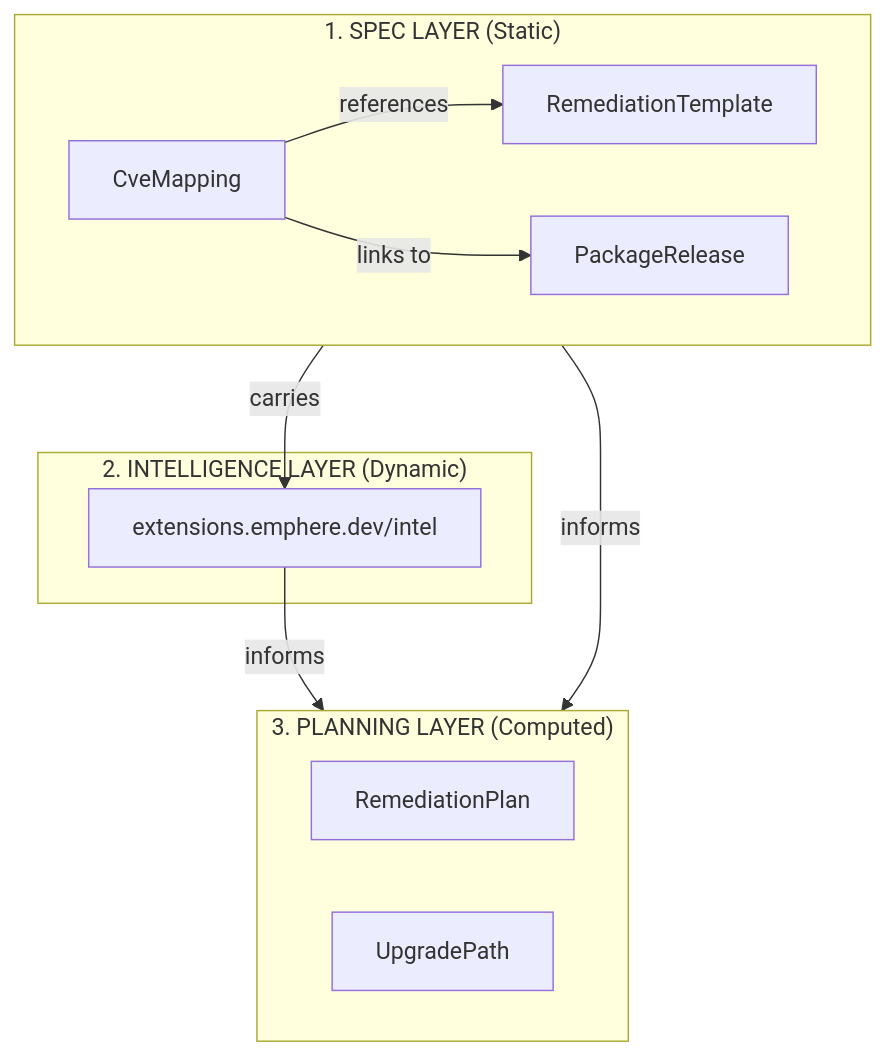
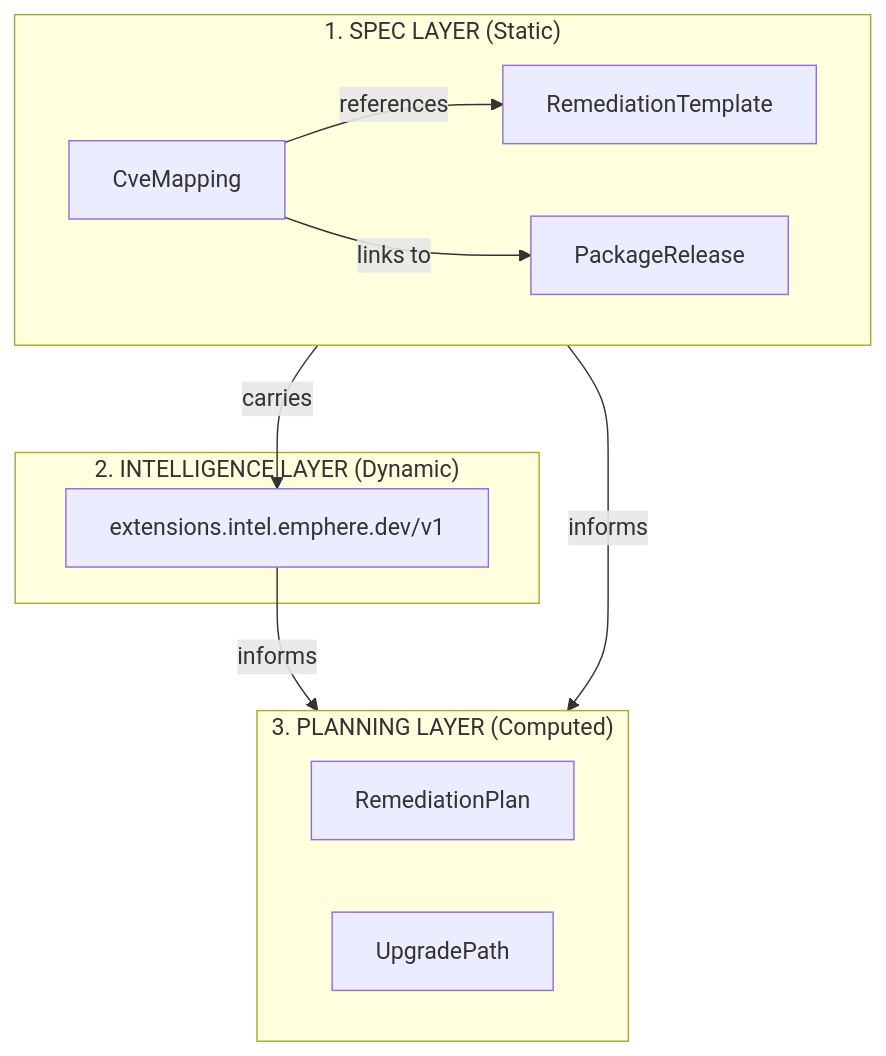
The first of 5 diagrams in spec/SPEC.md (emphereio/ovrse), drawn with Mermaid before and after one commit. The commit also changed other lines of this file and 7 other files, not shown here.

Commit message:
feat: add apiVersion/kind fields and JSON schemas (#4)

````diff
--- a/spec/SPEC.md
+++ b/spec/SPEC.md
@@ -18,24 +18,24 @@
 ```mermaid
 flowchart TB
     subgraph Spec["1. SPEC LAYER (Static)"]
         direction LR
         T[RemediationTemplate]
         CM[CveMapping]
         PR[PackageRelease]
     end
 
     subgraph Intel["2. INTELLIGENCE LAYER (Dynamic)"]
-        Ext[extensions.emphere.dev/intel]
+        Ext[extensions.intel.emphere.dev/v1]
     end
 
     subgraph Plan["3. PLANNING LAYER (Computed)"]
         RP[RemediationPlan]
         UP[UpgradePath]
     end
 
     CM -->|links to| PR
     CM -->|references| T
     CM -->|carries| Ext
     PR -->|informs| Plan
     Ext -->|informs| Plan
 ```
````
